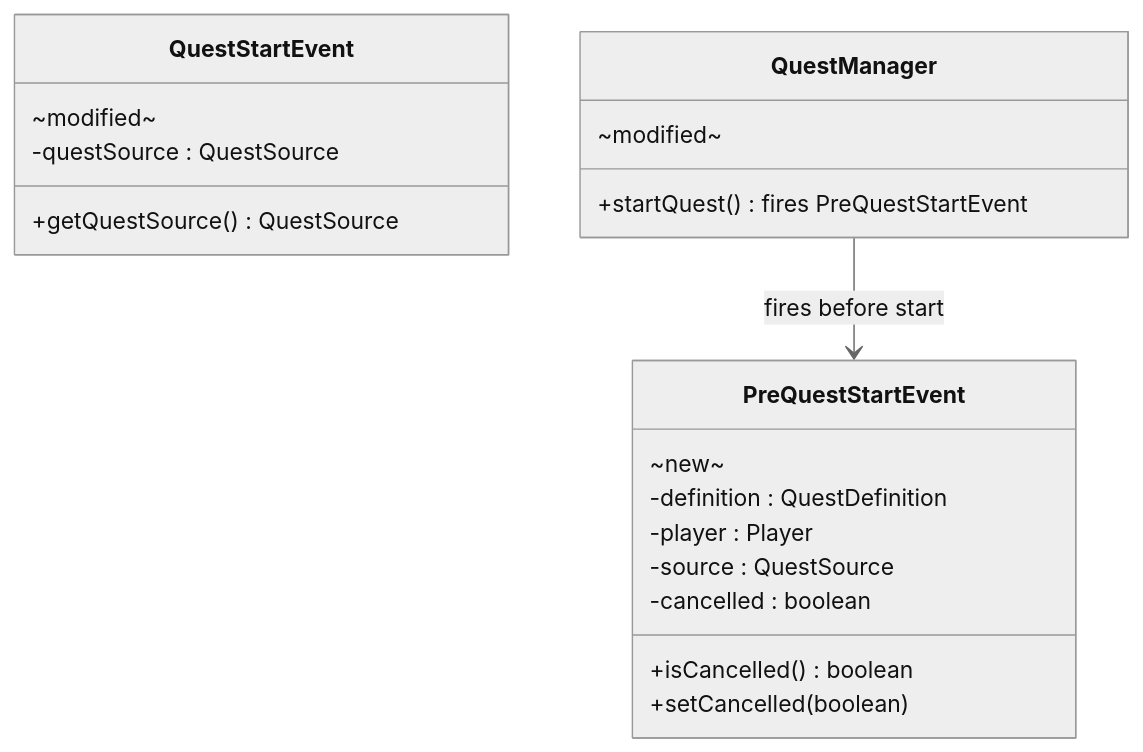
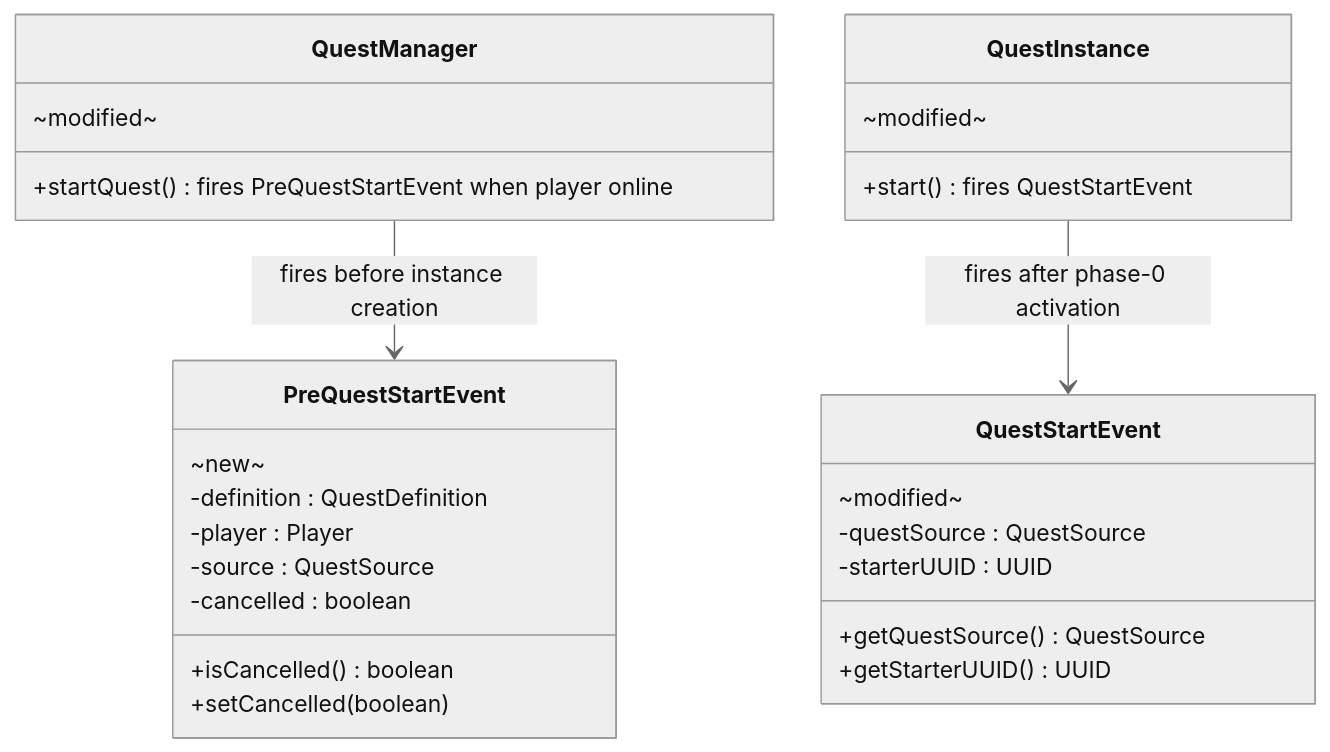
Before and after one commit to DiamondDagger590/McRPG: the sixth of 9 diagrams in docs/lld/tutorial-quest-system/phase-1-quest-engine-extensions.md, drawn with Mermaid (neutral theme). The commit also changed other lines of this file and 130 other files, not shown here.

````diff
--- a/docs/lld/tutorial-quest-system/phase-1-quest-engine-extensions.md
+++ b/docs/lld/tutorial-quest-system/phase-1-quest-engine-extensions.md
@@ -310,27 +314,35 @@
 ```mermaid
 classDiagram
     direction TB
 
     class PreQuestStartEvent {
         ~new~
         -definition : QuestDefinition
         -player : Player
         -source : QuestSource
         -cancelled : boolean
         +isCancelled() boolean
         +setCancelled(boolean)
     }
 
     class QuestStartEvent {
         ~modified~
         -questSource : QuestSource
+        -starterUUID : UUID
         +getQuestSource() QuestSource
+        +getStarterUUID() UUID
     }
 
     class QuestManager {
         ~modified~
-        +startQuest() fires PreQuestStartEvent
+        +startQuest() fires PreQuestStartEvent when player online
     }
 
-    QuestManager --> PreQuestStartEvent : fires before start
+    class QuestInstance {
+        ~modified~
+        +start() fires QuestStartEvent
+    }
+
+    QuestManager --> PreQuestStartEvent : fires before instance creation
+    QuestInstance --> QuestStartEvent : fires after phase-0 activation
 ```
````
